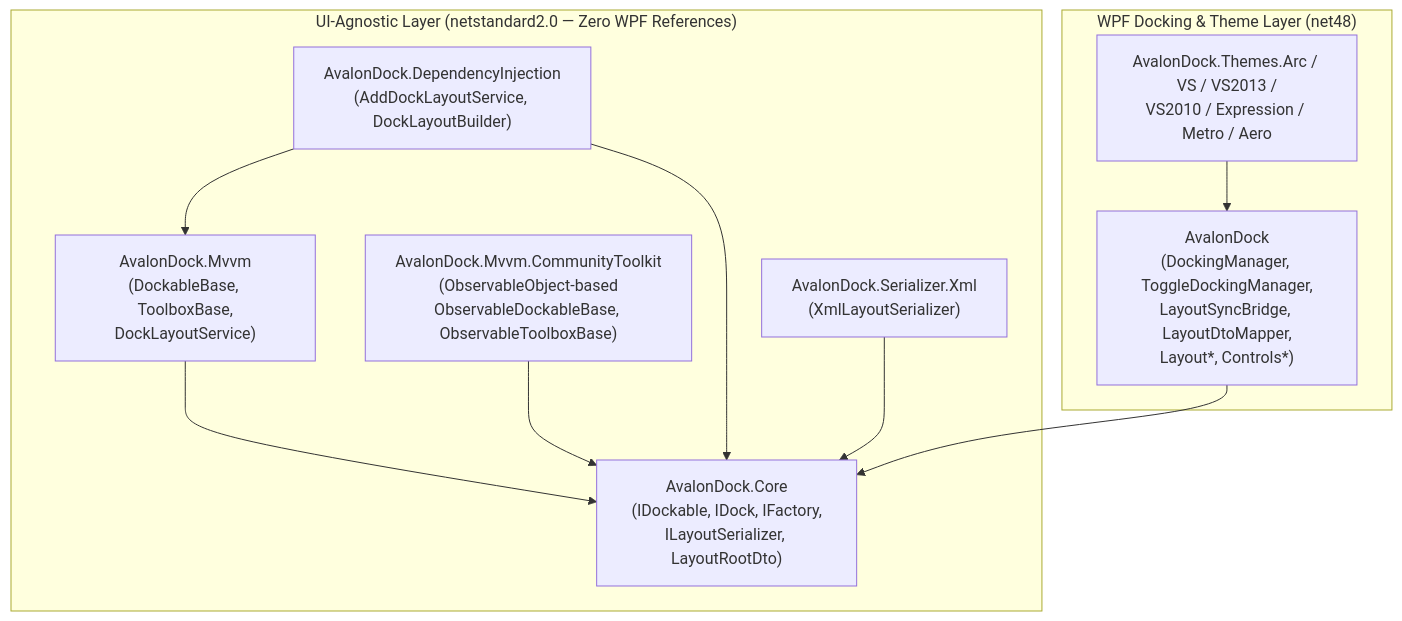
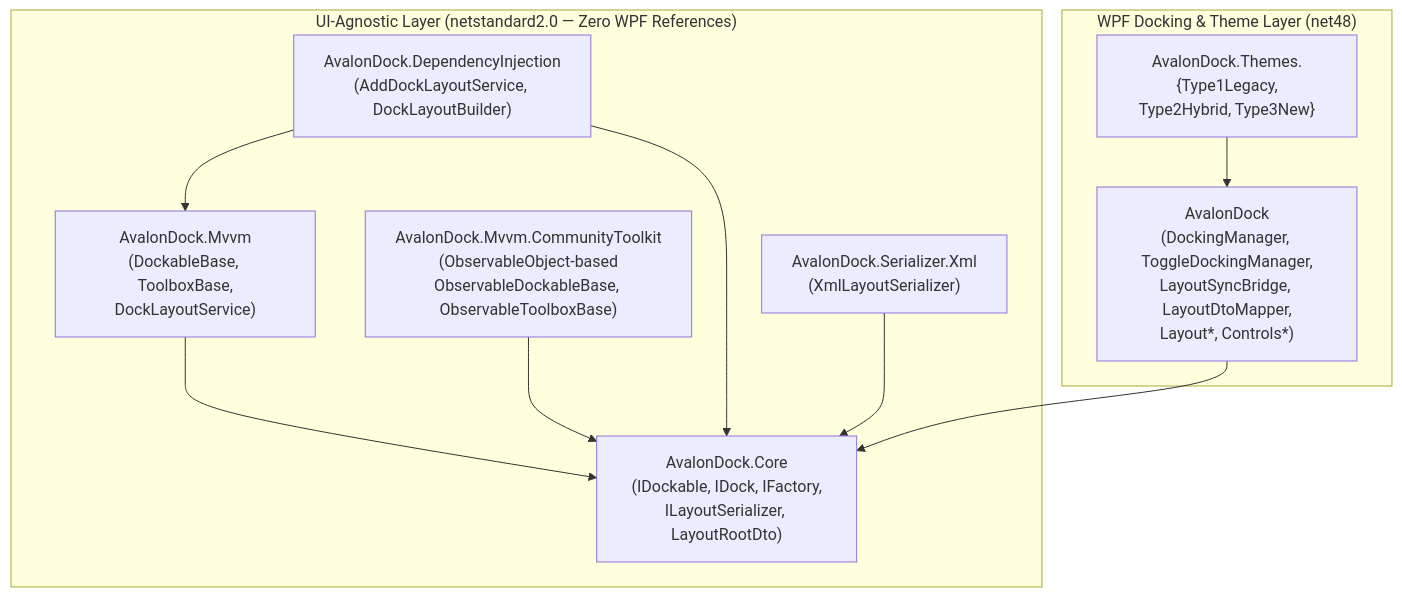
One commit to NTLDR2/AvalonDock changed the diagram in REPO_MAP.md. Above: the diagram before and after it, drawn with Mermaid. The commit also changed other lines of this file and 425 other files, not shown here.

First line of the commit message:
[Feature] [Themes] Remove Arc, split/consolidate Type1Legacy/Type2Hybrid/Type3New themes, and cut over XAML URI to NTLDR2

````diff
--- a/REPO_MAP.md
+++ b/REPO_MAP.md
@@ -75,24 +75,24 @@
 ```mermaid
 flowchart TD
     subgraph UI_Agnostic["UI-Agnostic Layer (netstandard2.0 — Zero WPF References)"]
         Core["AvalonDock.Core\n(IDockable, IDock, IFactory,\nILayoutSerializer, LayoutRootDto)"]
         Mvvm["AvalonDock.Mvvm\n(DockableBase, ToolboxBase,\nDockLayoutService)"]
         MvvmCT["AvalonDock.Mvvm.CommunityToolkit\n(ObservableObject-based\nObservableDockableBase, ObservableToolboxBase)"]
         DI["AvalonDock.DependencyInjection\n(AddDockLayoutService, DockLayoutBuilder)"]
         Xml["AvalonDock.Serializer.Xml\n(XmlLayoutSerializer)"]
     end
 
     subgraph WPF_Layer["WPF Docking & Theme Layer (net48)"]
         AD["AvalonDock\n(DockingManager, ToggleDockingManager,\nLayoutSyncBridge, LayoutDtoMapper,\nLayout*, Controls*)"]
-        Themes["AvalonDock.Themes.Arc / VS / VS2013 /\nVS2010 / Expression / Metro / Aero"]
+        Themes["AvalonDock.Themes.{Type1Legacy,\nType2Hybrid, Type3New}"]
     end
 
     Mvvm --> Core
     MvvmCT --> Core
     DI --> Core
     DI --> Mvvm
     Xml --> Core
 
     AD --> Core
     Themes --> AD
 ```
````
